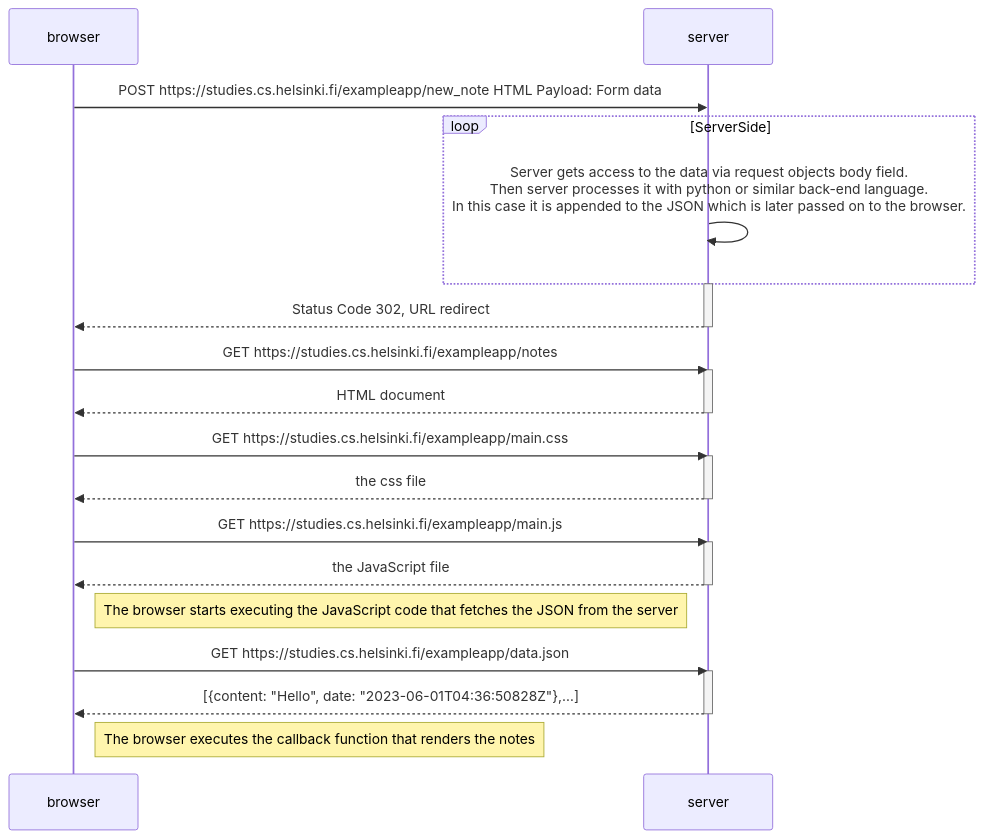
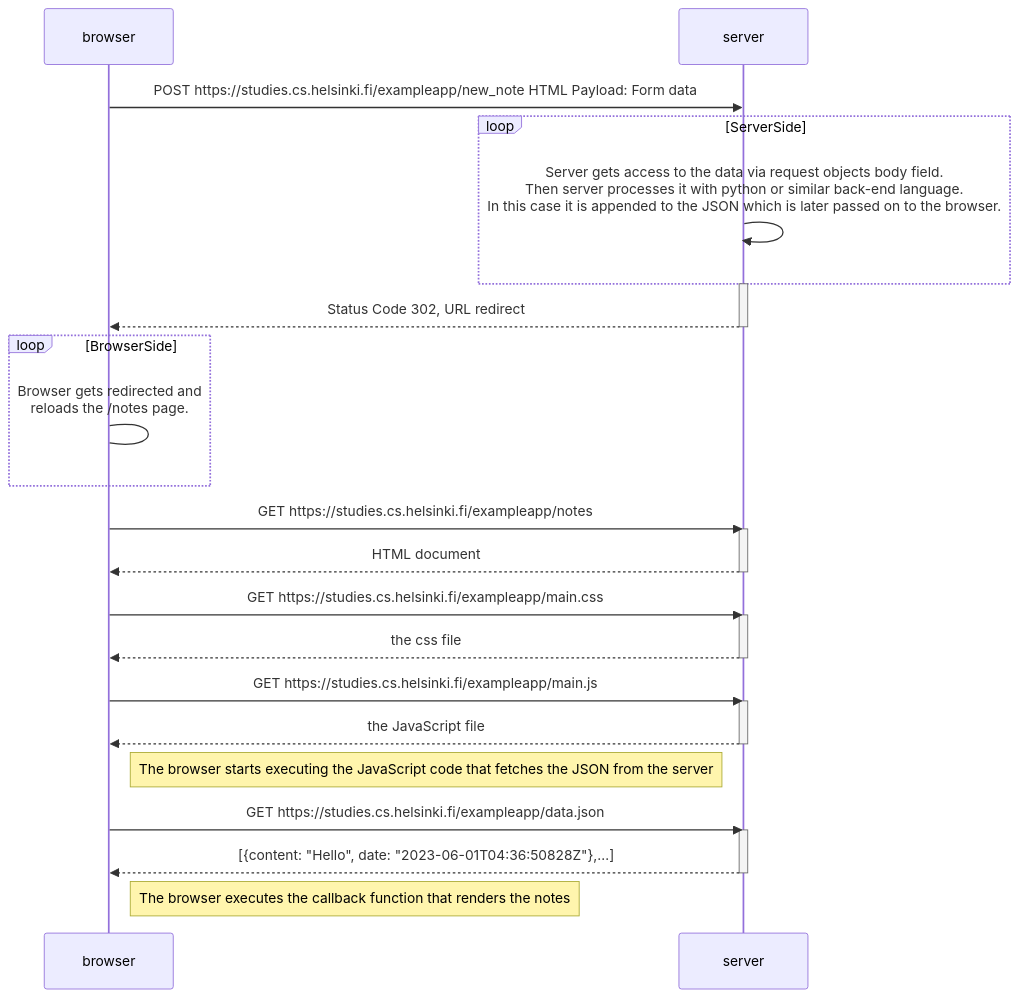
The diagram in new_note_diagram.md (Gwasagir/fullstack_open), drawn with Mermaid before and after one commit. The commit also changed 2 other files, not shown here.

Commit message:
ALmost done, checking how it looks

````diff
--- a/new_note_diagram.md
+++ b/new_note_diagram.md
@@ -3,36 +3,39 @@
 ```mermaid
 sequenceDiagram
 participant browser
 participant server
 
 browser->>server: POST https://studies.cs.helsinki.fi/exampleapp/new_note HTML Payload: Form data
 loop ServerSide 
     server->>server: Server gets access to the data via request objects body field. <br> Then server processes it with python or similar back-end language. <br> In this case it is appended to the JSON which is later passed on to the browser.
 end
 activate server
 server-->>browser: Status Code 302, URL redirect
 deactivate server
+loop BrowserSide
+    browser->browser: Browser gets redirected and <br> reloads the /notes page.
+end
 
 browser->>server: GET https://studies.cs.helsinki.fi/exampleapp/notes
 activate server
 server-->>browser: HTML document
 deactivate server
 
 browser->>server: GET https://studies.cs.helsinki.fi/exampleapp/main.css
 activate server
 server-->>browser: the css file
 deactivate server
 
 browser->>server: GET https://studies.cs.helsinki.fi/exampleapp/main.js
 activate server
 server-->>browser: the JavaScript file
 deactivate server
 
 Note right of browser: The browser starts executing the JavaScript code that fetches the JSON from the server
 
 browser->>server: GET https://studies.cs.helsinki.fi/exampleapp/data.json
 activate server
 server-->>browser: [{content: "Hello", date: "2023-06-01T04:36:50828Z"},…]
 deactivate server
 Note right of browser: The browser executes the callback function that renders the notes
 ```
````
